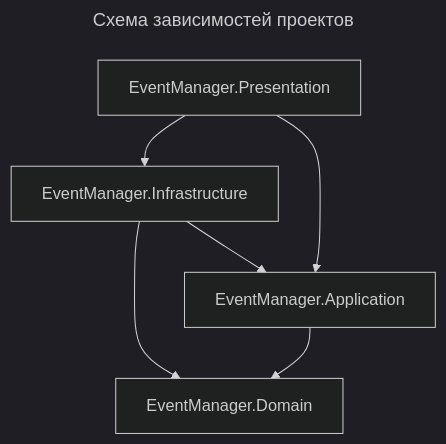
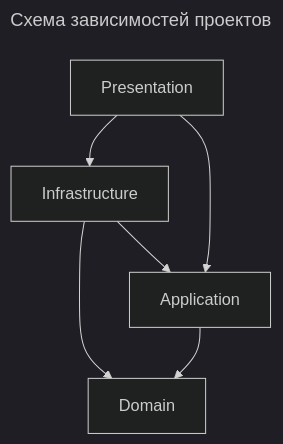
The first of 2 diagrams in README.md (rovany706/events-api), drawn with Mermaid (dark theme) before and after one commit. The commit also changed other lines of this file, not shown here.

````diff
--- a/README.md
+++ b/README.md
@@ -12,9 +18,9 @@
 ```mermaid
 ---
 title: Схема зависимостей проектов
 ---
 flowchart TB
-    EventManager.Application --> EventManager.Domain
-    EventManager.Infrastructure --> EventManager.Domain & EventManager.Application
-    EventManager.Presentation --> EventManager.Infrastructure & EventManager.Application
+    Application --> Domain
+    Infrastructure --> Domain & Application
+    Presentation --> Infrastructure & Application
 ```
````
